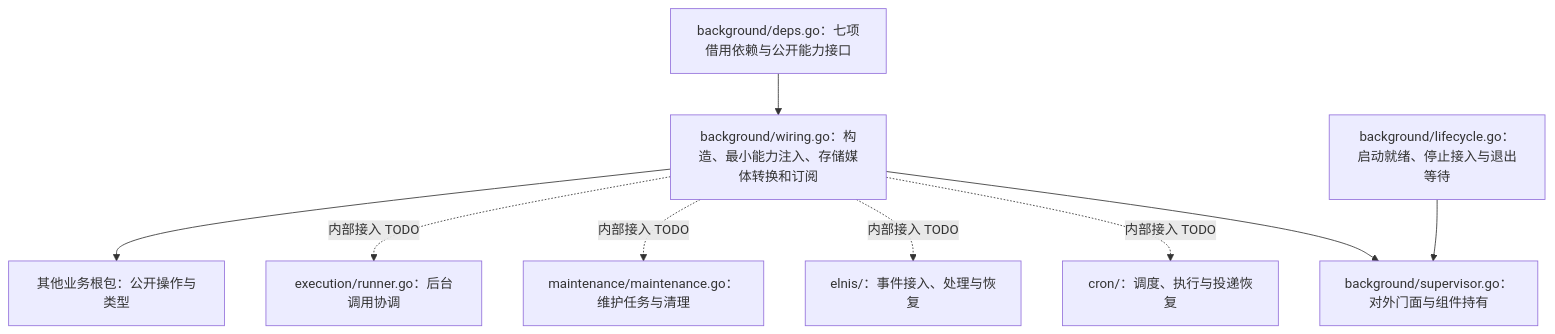
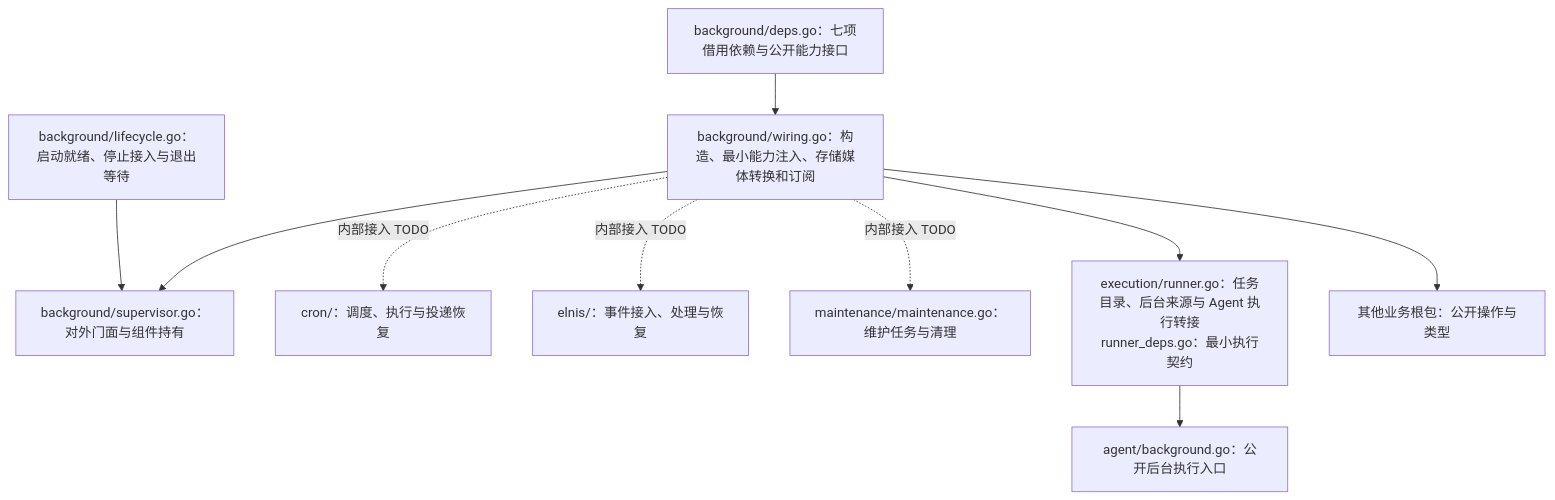
Before and after one commit to Elflare/elbot: diagram 16 of 16 in devdocs/architecture.md, drawn with Mermaid. The commit also changed other lines of this file and 17 other files, not shown here.

````diff
--- a/devdocs/architecture.md
+++ b/devdocs/architecture.md
@@ -593,11 +593,12 @@
 ```mermaid
 flowchart TD
     D["background/deps.go：七项借用依赖与公开能力接口"] --> W["background/wiring.go：构造、最小能力注入、存储媒体转换和订阅"]
     W --> S["background/supervisor.go：对外门面与组件持有"]
     L["background/lifecycle.go：启动就绪、停止接入与退出等待"] --> S
     W -.->|内部接入 TODO| C["cron/：调度、执行与投递恢复"]
     W -.->|内部接入 TODO| E["elnis/：事件接入、处理与恢复"]
     W -.->|内部接入 TODO| M["maintenance/maintenance.go：维护任务与清理"]
-    W -.->|内部接入 TODO| X["execution/runner.go：后台调用协调"]
+    W --> X["execution/runner.go：任务目录、后台来源与 Agent 执行转接<br/>runner_deps.go：最小执行契约"]
+    X --> AG["agent/background.go：公开后台执行入口"]
     W --> P["其他业务根包：公开操作与类型"]
 ```
````
